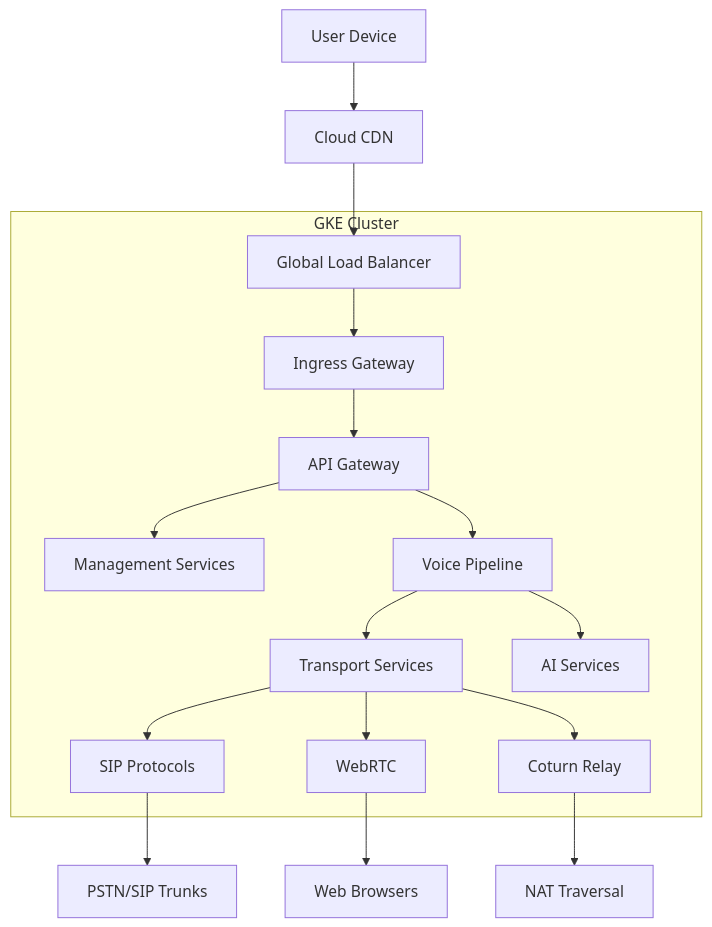
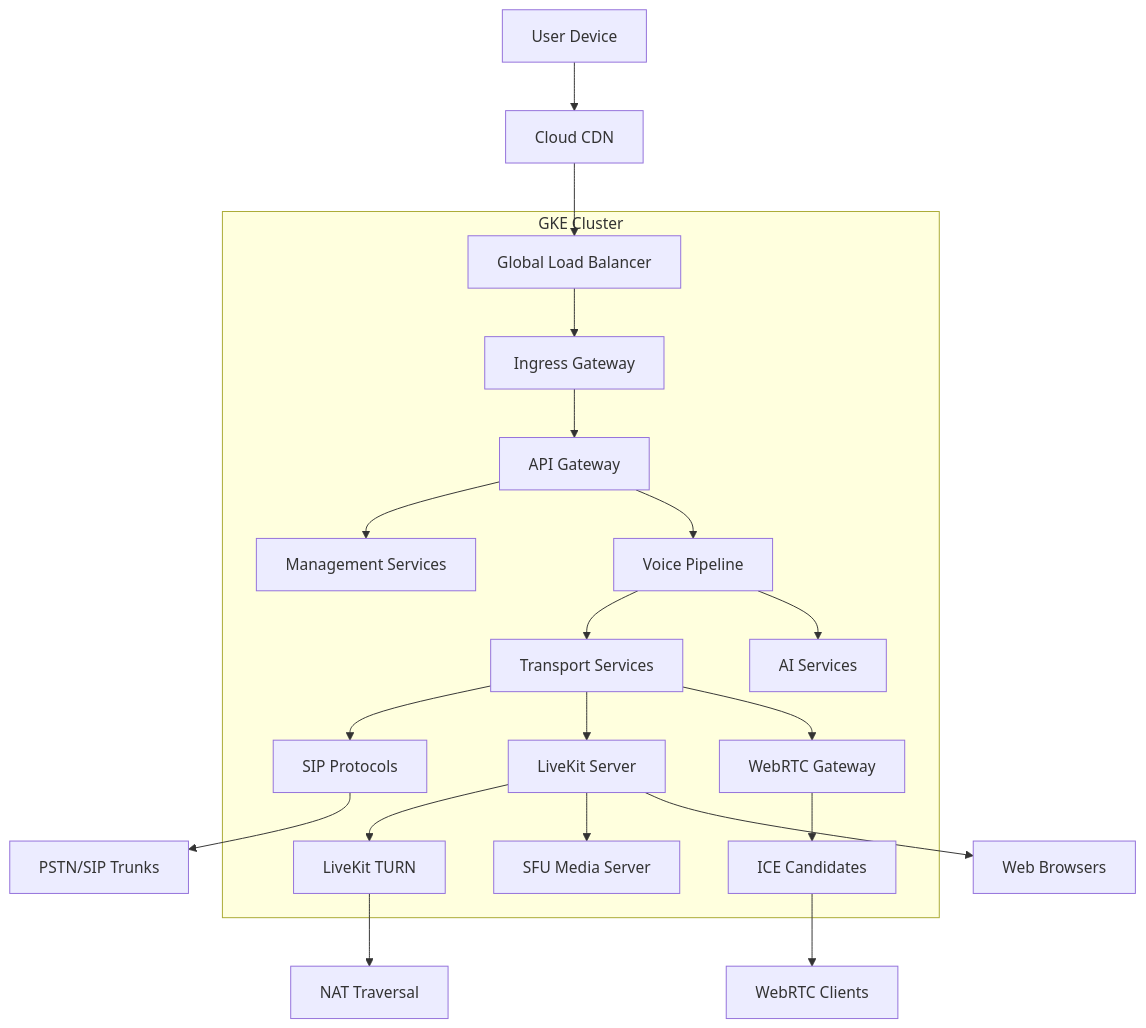
One commit to dehalokmansahin/ai-voice-system changed the first of 2 diagrams in docs/architecture/network-architecture.md. Above: the diagram before and after it, drawn with Mermaid. The commit also changed other lines of this file and 13 other files, not shown here.

First line of the commit message:
Integrate LiveKit WebRTC Server for Real-Time Voice AI Interaction

````diff
--- a/docs/architecture/network-architecture.md
+++ b/docs/architecture/network-architecture.md
@@ -4,24 +4,29 @@
 ```mermaid
 graph TB
     User[User Device] --> CDN[Cloud CDN]
     CDN --> LB[Global Load Balancer]
     
     subgraph "GKE Cluster"
         LB --> IG[Ingress Gateway]
         IG --> API[API Gateway]
         
         API --> MS[Management Services]
         API --> VP[Voice Pipeline]
         
         VP --> TS[Transport Services]
         VP --> AS[AI Services]
         
         TS --> SIP[SIP Protocols]
-        TS --> WR[WebRTC]
-        TS --> TURN[Coturn Relay]
+        TS --> LK[LiveKit Server]
+        TS --> WR[WebRTC Gateway]
+        
+        LK --> TURN[LiveKit TURN]
+        LK --> SFU[SFU Media Server]
+        WR --> ICE[ICE Candidates]
     end
     
     SIP --> PSTN[PSTN/SIP Trunks]
-    WR --> Browser[Web Browsers]
+    LK --> Browser[Web Browsers]
     TURN --> NAT[NAT Traversal]
+    ICE --> WebClient[WebRTC Clients]
 ```
````
